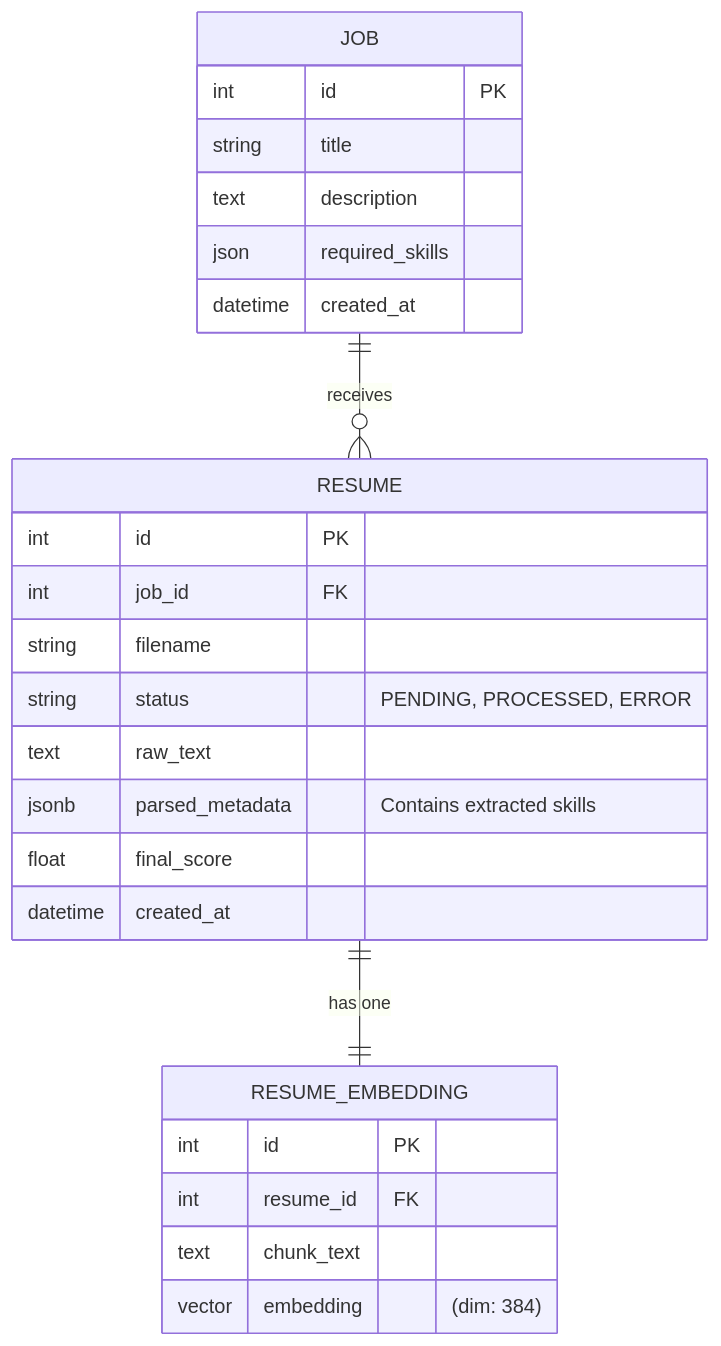
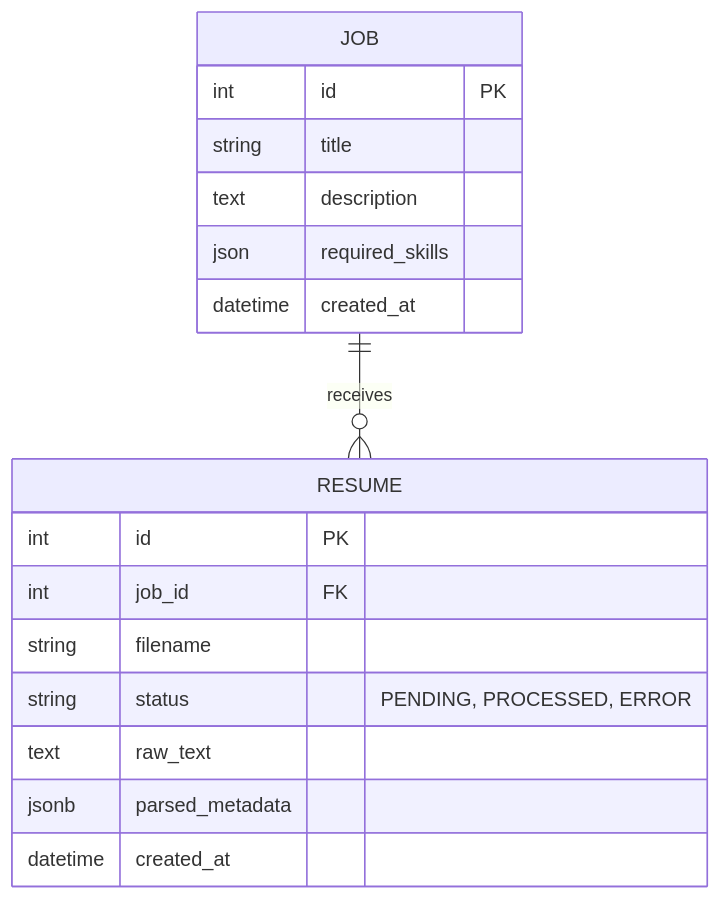
The diagram in docs/05_BACKEND_SCHEMA.md (vanshbahl/resume-screener), drawn with Mermaid before and after one commit. The commit also changed other lines of this file and 2 other files, not shown here.

````diff
--- a/docs/05_BACKEND_SCHEMA.md
+++ b/docs/05_BACKEND_SCHEMA.md
@@ -21,31 +25,22 @@
 ```mermaid
 erDiagram
     JOB ||--o{ RESUME : "receives"
-    RESUME ||--|| RESUME_EMBEDDING : "has one"
 
     JOB {
         int id PK
         string title
         text description
         json required_skills
         datetime created_at
     }
 
     RESUME {
         int id PK
         int job_id FK
         string filename
         string status "PENDING, PROCESSED, ERROR"
         text raw_text
-        jsonb parsed_metadata "Contains extracted skills"
-        float final_score
+        jsonb parsed_metadata
         datetime created_at
     }
-
-    RESUME_EMBEDDING {
-        int id PK
-        int resume_id FK
-        text chunk_text
-        vector embedding "(dim: 384)"
-    }
 ```
````
